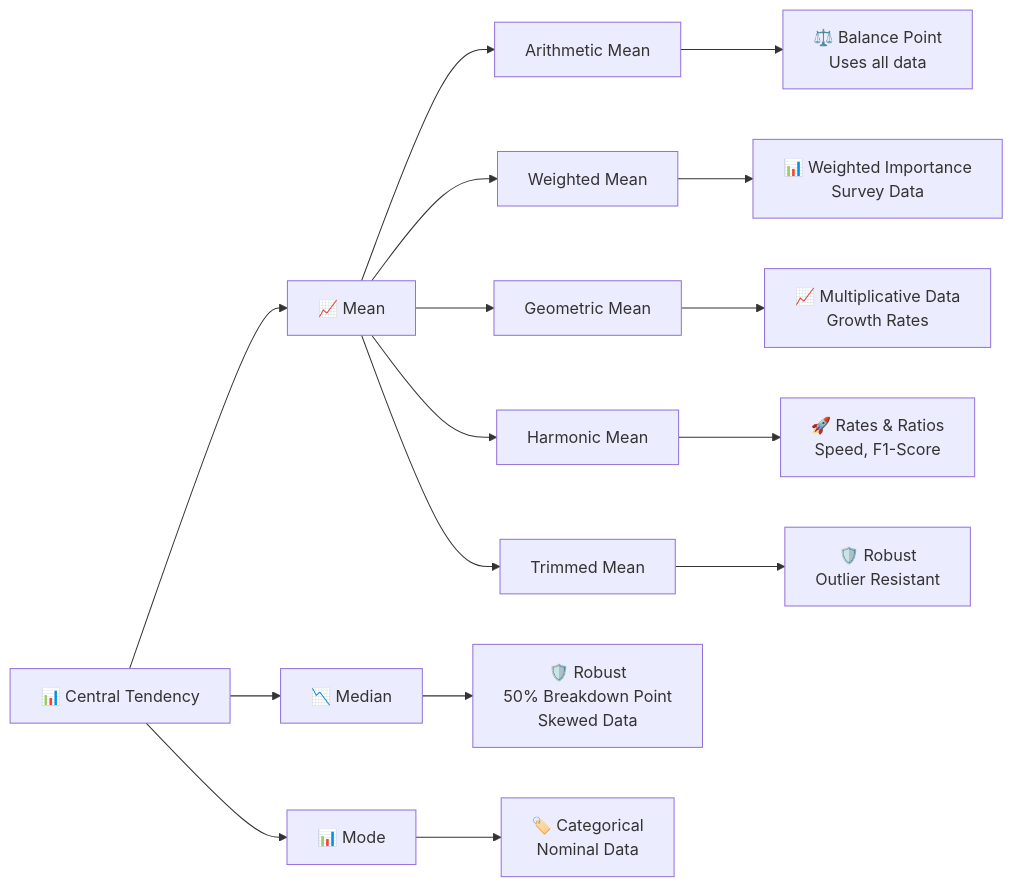
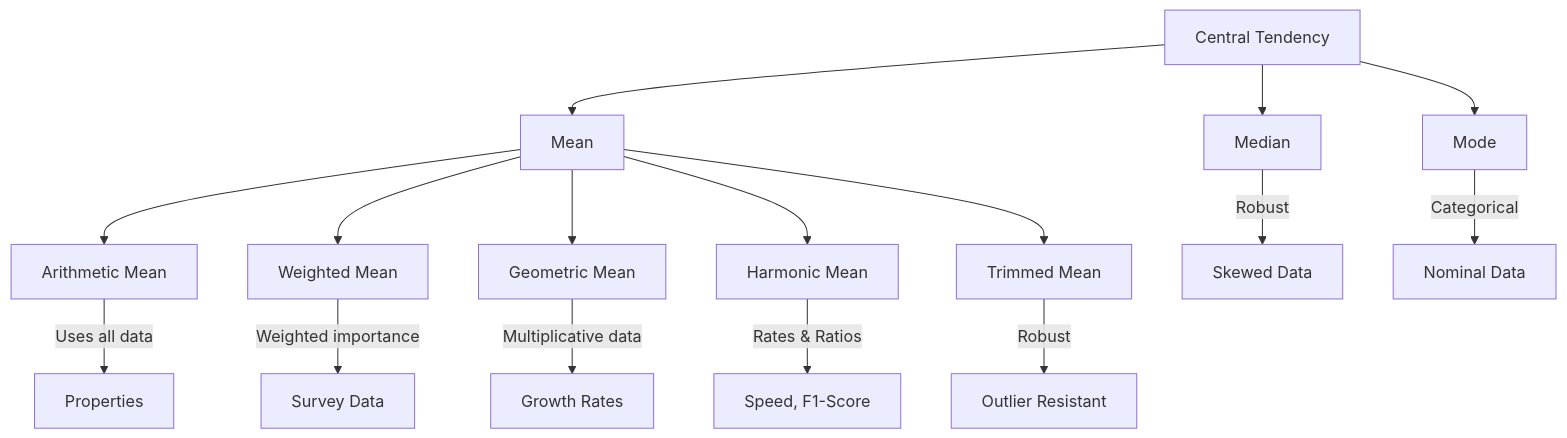
The second of 10 diagrams in 02-central-tendency.md (muhammadsalek/statistics-for-scientists), drawn with Mermaid before and after one commit. The commit also changed other lines of this file, not shown here.

````diff
--- a/02-central-tendency.md
+++ b/02-central-tendency.md
@@ -116,21 +105,21 @@
 ```mermaid
-flowchart LR
-    A["📊 Central Tendency"] --> B["📈 Mean"]
-    A --> C["📉 Median"]
-    A --> D["📊 Mode"]
+flowchart TD
+    A[Central Tendency] --> B[Mean]
+    A --> C[Median]
+    A --> D[Mode]
     
-    B --> B1["Arithmetic Mean"]
-    B --> B2["Weighted Mean"]
-    B --> B3["Geometric Mean"]
-    B --> B4["Harmonic Mean"]
-    B --> B5["Trimmed Mean"]
+    B --> B1[Arithmetic Mean]
+    B --> B2[Weighted Mean]
+    B --> B3[Geometric Mean]
+    B --> B4[Harmonic Mean]
+    B --> B5[Trimmed Mean]
     
-    B1 --> P1["⚖️ Balance Point<br>Uses all data"]
-    B2 --> P2["📊 Weighted Importance<br>Survey Data"]
-    B3 --> P3["📈 Multiplicative Data<br>Growth Rates"]
-    B4 --> P4["🚀 Rates & Ratios<br>Speed, F1-Score"]
-    B5 --> P5["🛡️ Robust<br>Outlier Resistant"]
+    B1 -->|Uses all data| P1[Properties]
+    B2 -->|Weighted importance| P2[Survey Data]
+    B3 -->|Multiplicative data| P3[Growth Rates]
+    B4 -->|Rates & Ratios| P4[Speed, F1-Score]
+    B5 -->|Robust| P5[Outlier Resistant]
     
-    C --> R1["🛡️ Robust<br>50% Breakdown Point<br>Skewed Data"]
-    D --> R2["🏷️ Categorical<br>Nominal Data"]
+    C -->|Robust| R1[Skewed Data]
+    D -->|Categorical| R2[Nominal Data]
 ```
````
